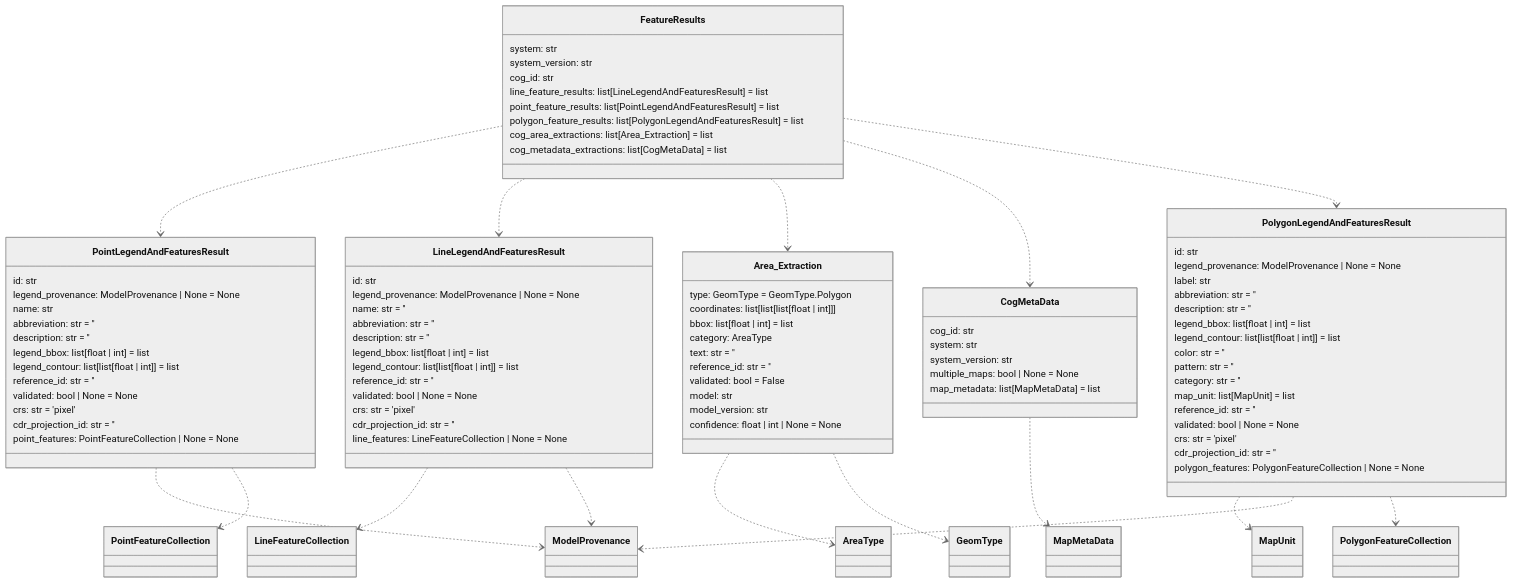
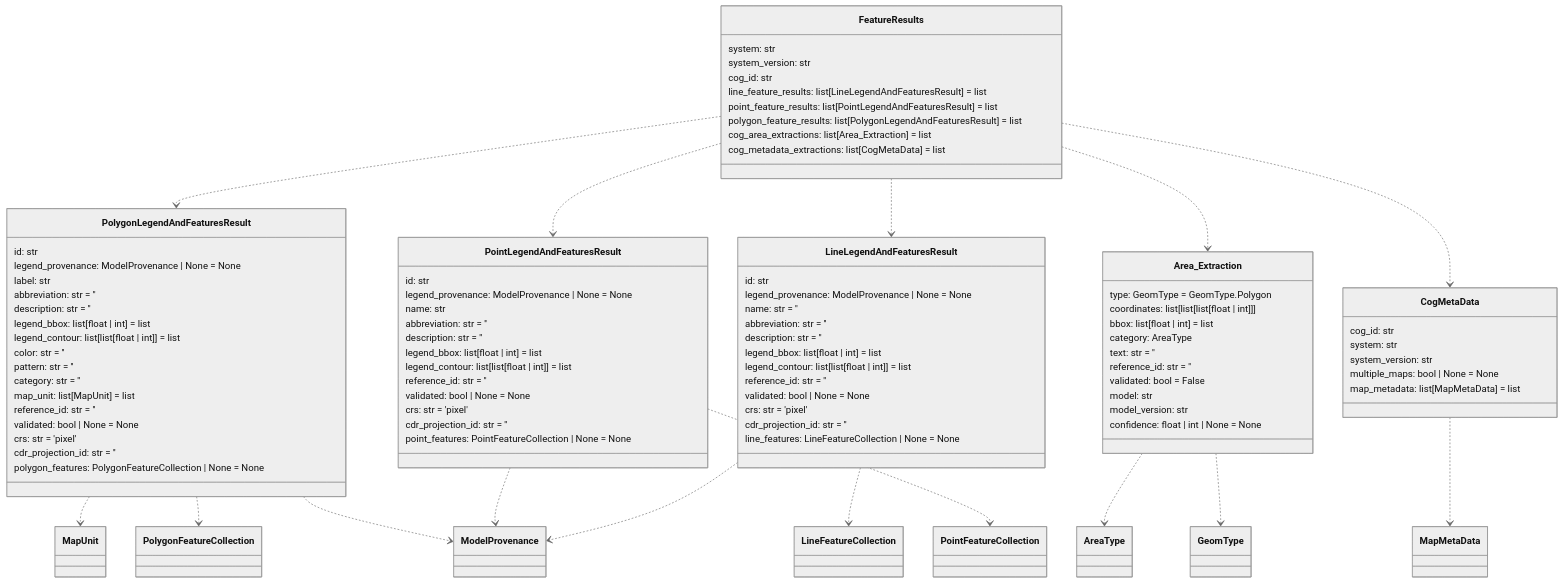
Before and after one commit to DARPA-CRITICALMAAS/cdr_schemas: the fourth of 14 diagrams in README.md, drawn with Mermaid (neutral theme). The commit also changed other lines of this file and 3 other files, not shown here.

First line of the commit message:
Beak-TA3 BNN and SOM Schema Additions (#79)

````diff
--- a/README.md
+++ b/README.md
@@ -258,67 +258,5 @@
 ```mermaid
 classDiagram
-
-    class PointLegendAndFeaturesResult {
-        id: str
-        legend_provenance: ModelProvenance | None = None
-        name: str
-        abbreviation: str = ''
-        description: str = ''
-        legend_bbox: list[float | int] = list
-        legend_contour: list[list[float | int]] = list
-        reference_id: str = ''
-        validated: bool | None = None
-        crs: str = 'pixel'
-        cdr_projection_id: str = ''
-        point_features: PointFeatureCollection | None = None
-    }
-
-    class LineLegendAndFeaturesResult {
-        id: str
-        legend_provenance: ModelProvenance | None = None
-        name: str = ''
-        abbreviation: str = ''
-        description: str = ''
-        legend_bbox: list[float | int] = list
-        legend_contour: list[list[float | int]] = list
-        reference_id: str = ''
-        validated: bool | None = None
-        crs: str = 'pixel'
-        cdr_projection_id: str = ''
-        line_features: LineFeatureCollection | None = None
-    }
-
-    class FeatureResults {
-        system: str
-        system_version: str
-        cog_id: str
-        line_feature_results: list[LineLegendAndFeaturesResult] = list
-        point_feature_results: list[PointLegendAndFeaturesResult] = list
-        polygon_feature_results: list[PolygonLegendAndFeaturesResult] = list
-        cog_area_extractions: list[Area_Extraction] = list
-        cog_metadata_extractions: list[CogMetaData] = list
-    }
-
-    class Area_Extraction {
-        type: GeomType = GeomType.Polygon
-        coordinates: list[list[list[float | int]]]
-        bbox: list[float | int] = list
-        category: AreaType
-        text: str = ''
-        reference_id: str = ''
-        validated: bool = False
-        model: str
-        model_version: str
-        confidence: float | int | None = None
-    }
-
-    class CogMetaData {
-        cog_id: str
-        system: str
-        system_version: str
-        multiple_maps: bool | None = None
-        map_metadata: list[MapMetaData] = list
-    }
 
     class PolygonLegendAndFeaturesResult {
         id: str
@@ -339,21 +277,83 @@
         polygon_features: PolygonFeatureCollection | None = None
     }
 
+    class LineLegendAndFeaturesResult {
+        id: str
+        legend_provenance: ModelProvenance | None = None
+        name: str = ''
+        abbreviation: str = ''
+        description: str = ''
+        legend_bbox: list[float | int] = list
+        legend_contour: list[list[float | int]] = list
+        reference_id: str = ''
+        validated: bool | None = None
+        crs: str = 'pixel'
+        cdr_projection_id: str = ''
+        line_features: LineFeatureCollection | None = None
+    }
+
+    class PointLegendAndFeaturesResult {
+        id: str
+        legend_provenance: ModelProvenance | None = None
+        name: str
+        abbreviation: str = ''
+        description: str = ''
+        legend_bbox: list[float | int] = list
+        legend_contour: list[list[float | int]] = list
+        reference_id: str = ''
+        validated: bool | None = None
+        crs: str = 'pixel'
+        cdr_projection_id: str = ''
+        point_features: PointFeatureCollection | None = None
+    }
+
+    class Area_Extraction {
+        type: GeomType = GeomType.Polygon
+        coordinates: list[list[list[float | int]]]
+        bbox: list[float | int] = list
+        category: AreaType
+        text: str = ''
+        reference_id: str = ''
+        validated: bool = False
+        model: str
+        model_version: str
+        confidence: float | int | None = None
+    }
+
+    class FeatureResults {
+        system: str
+        system_version: str
+        cog_id: str
+        line_feature_results: list[LineLegendAndFeaturesResult] = list
+        point_feature_results: list[PointLegendAndFeaturesResult] = list
+        polygon_feature_results: list[PolygonLegendAndFeaturesResult] = list
+        cog_area_extractions: list[Area_Extraction] = list
+        cog_metadata_extractions: list[CogMetaData] = list
+    }
+
+    class CogMetaData {
+        cog_id: str
+        system: str
+        system_version: str
+        multiple_maps: bool | None = None
+        map_metadata: list[MapMetaData] = list
+    }
+
     Area_Extraction ..> AreaType
     Area_Extraction ..> GeomType
+    LineLegendAndFeaturesResult ..> ModelProvenance
     LineLegendAndFeaturesResult ..> LineFeatureCollection
-    LineLegendAndFeaturesResult ..> ModelProvenance
     PointLegendAndFeaturesResult ..> ModelProvenance
     PointLegendAndFeaturesResult ..> PointFeatureCollection
+    PolygonLegendAndFeaturesResult ..> ModelProvenance
     PolygonLegendAndFeaturesResult ..> MapUnit
-    PolygonLegendAndFeaturesResult ..> ModelProvenance
     PolygonLegendAndFeaturesResult ..> PolygonFeatureCollection
     CogMetaData ..> MapMetaData
+    FeatureResults ..> PolygonLegendAndFeaturesResult
+    FeatureResults ..> LineLegendAndFeaturesResult
     FeatureResults ..> PointLegendAndFeaturesResult
-    FeatureResults ..> LineLegendAndFeaturesResult
     FeatureResults ..> Area_Extraction
     FeatureResults ..> CogMetaData
-    FeatureResults ..> PolygonLegendAndFeaturesResult
 
 
 ```
````
